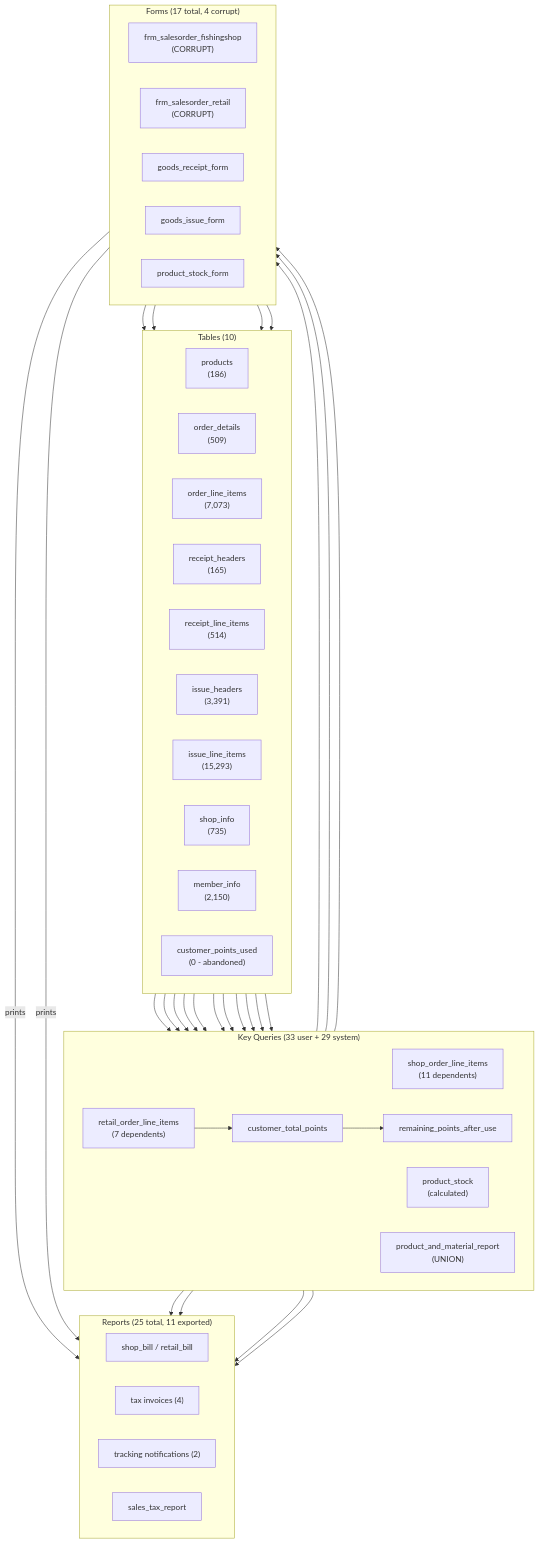
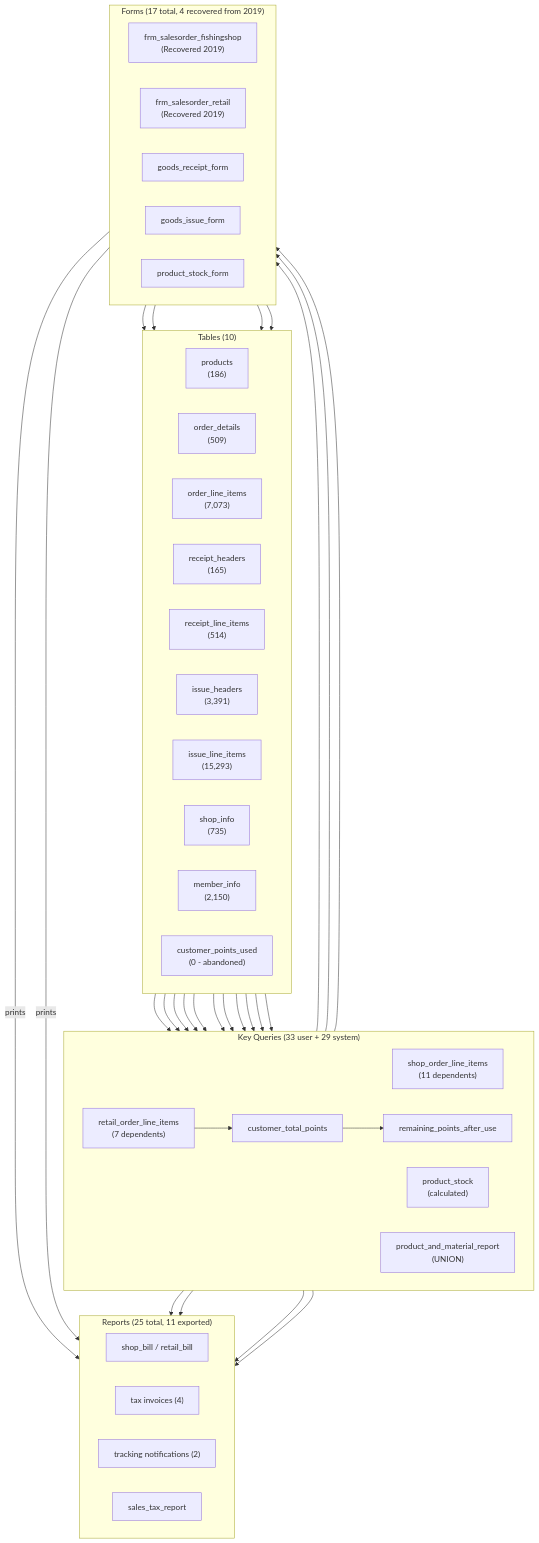
Before and after one commit to jfxberns/epic-db: diagram 14 of 14 in docs/BLUEPRINT.md, drawn with Mermaid. The commit also changed other lines of this file and 130 other files, not shown here.

````diff
--- a/docs/BLUEPRINT.md
+++ b/docs/BLUEPRINT.md
@@ -2268,70 +2301,70 @@
 ```mermaid
 flowchart TB
     subgraph Tables["Tables (10)"]
         direction LR
         T_prod["products\n(186)"]
         T_ord["order_details\n(509)"]
         T_oli["order_line_items\n(7,073)"]
         T_rh["receipt_headers\n(165)"]
         T_rli["receipt_line_items\n(514)"]
         T_ih["issue_headers\n(3,391)"]
         T_ili["issue_line_items\n(15,293)"]
         T_shop["shop_info\n(735)"]
         T_mem["member_info\n(2,150)"]
         T_pts["customer_points_used\n(0 - abandoned)"]
     end
 
     subgraph Queries["Key Queries (33 user + 29 system)"]
         direction LR
         Q_shop["shop_order_line_items\n(11 dependents)"]
         Q_ret["retail_order_line_items\n(7 dependents)"]
         Q_stock["product_stock\n(calculated)"]
         Q_pts["customer_total_points"]
         Q_rem["remaining_points_after_use"]
         Q_union["product_and_material_report\n(UNION)"]
     end
 
-    subgraph Forms["Forms (17 total, 4 corrupt)"]
+    subgraph Forms["Forms (17 total, 4 recovered from 2019)"]
         direction LR
-        F_shop["frm_salesorder_fishingshop\n(CORRUPT)"]
-        F_ret["frm_salesorder_retail\n(CORRUPT)"]
+        F_shop["frm_salesorder_fishingshop\n(Recovered 2019)"]
+        F_ret["frm_salesorder_retail\n(Recovered 2019)"]
         F_recv["goods_receipt_form"]
         F_issue["goods_issue_form"]
         F_stock["product_stock_form"]
     end
 
     subgraph Reports["Reports (25 total, 11 exported)"]
         direction LR
         R_bill["shop_bill / retail_bill"]
         R_tax["tax invoices (4)"]
         R_ship["tracking notifications (2)"]
         R_inv["sales_tax_report"]
     end
 
     T_prod --> Q_shop
     T_prod --> Q_ret
     T_prod --> Q_stock
     T_oli --> Q_shop
     T_oli --> Q_ret
     T_ord --> Q_shop
     T_ord --> Q_ret
     T_shop --> Q_shop
     T_mem --> Q_rem
     T_rli --> Q_stock
     T_ili --> Q_stock
     Q_shop --> F_shop
     Q_ret --> F_ret
     Q_stock --> F_stock
     Q_ret --> Q_pts
     Q_pts --> Q_rem
     Q_shop --> R_bill
     Q_ret --> R_bill
     Q_shop --> R_tax
     Q_ret --> R_tax
     F_shop -->|"prints"| R_bill
     F_ret -->|"prints"| R_bill
     F_recv --> T_rh
     F_recv --> T_rli
     F_issue --> T_ih
     F_issue --> T_ili
 ```
````
